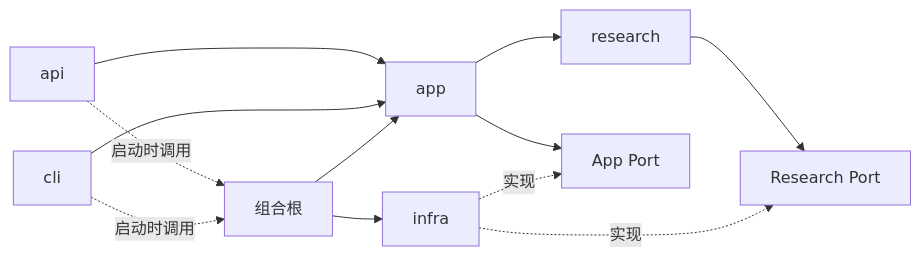
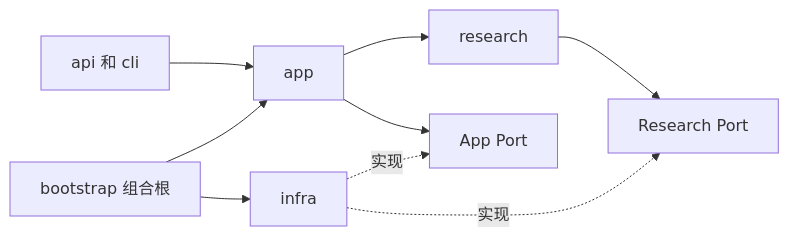
The second of 2 diagrams in docs/mono/architecture.md (HoYiShui/deep-research-for-academic), drawn with Mermaid before and after one commit. The commit also changed other lines of this file and 9 other files, not shown here.

````diff
--- a/docs/mono/architecture.md
+++ b/docs/mono/architecture.md
@@ -335,25 +98,11 @@
 ```mermaid
 flowchart LR
-    API[api]
-    CLI[cli]
-    App[app]
-    Research[research]
-    AppPorts[App Port]
-    ResearchPorts[Research Port]
-    Infra[infra]
-    Bootstrap[组合根]
-
-    API --> App
-    CLI --> App
-    App --> Research
-    App --> AppPorts
-    Research --> ResearchPorts
-
-    Infra -. 实现 .-> AppPorts
-    Infra -. 实现 .-> ResearchPorts
-
-    API -. 启动时调用 .-> Bootstrap
-    CLI -. 启动时调用 .-> Bootstrap
-    Bootstrap --> App
-    Bootstrap --> Infra
+    API[api 和 cli] --> App[app]
+    App --> Research[research]
+    App --> AP[App Port]
+    Research --> RP[Research Port]
+    Infra[infra] -. 实现 .-> AP
+    Infra -. 实现 .-> RP
+    Root[bootstrap 组合根] --> App
+    Root --> Infra
 ```
````
